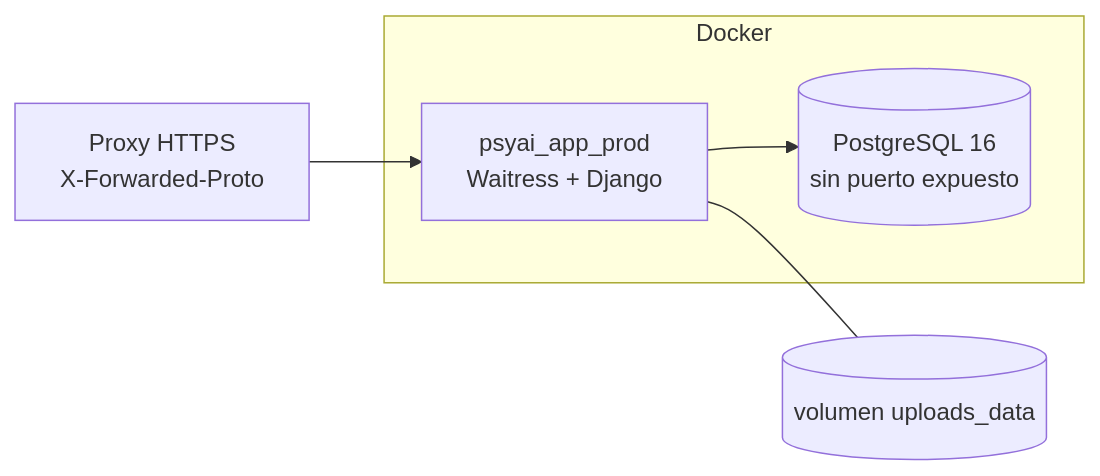
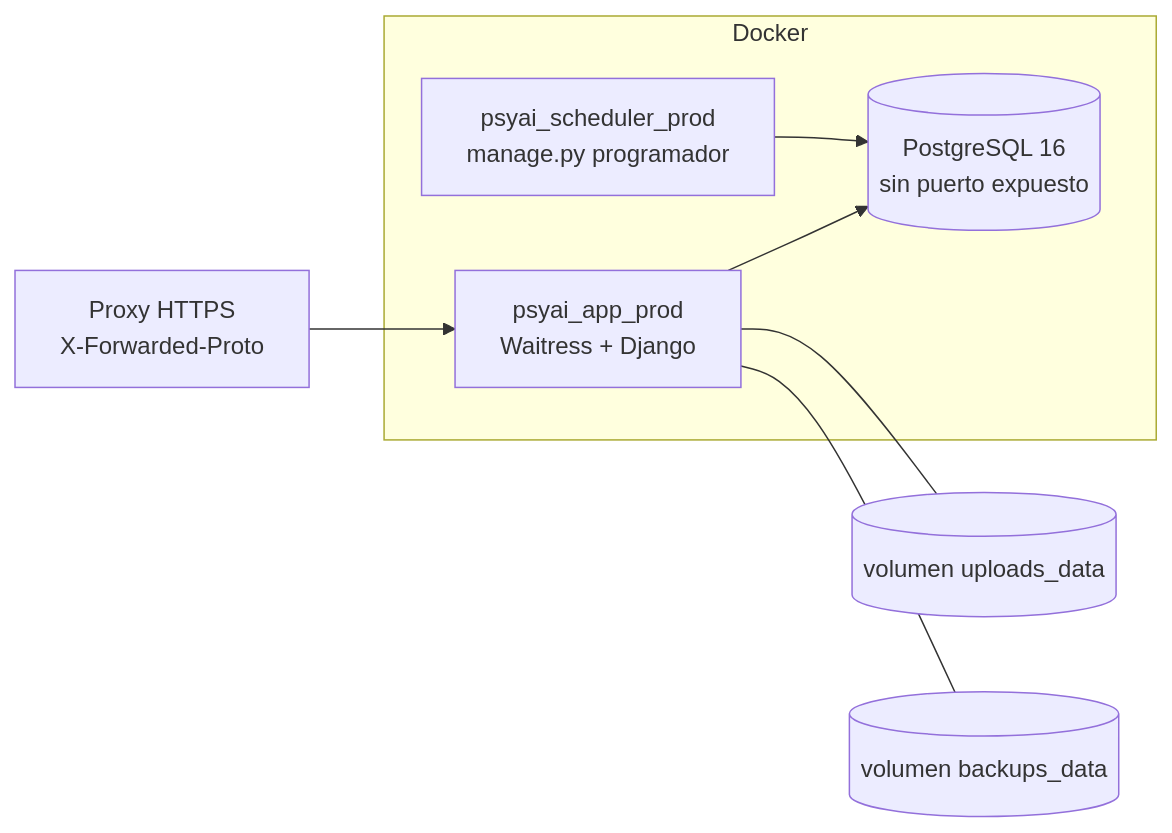
Before and after one commit to ArleyRojo/PsyAI-Connect: the fifth of 5 diagrams in docs/architecture.md, drawn with Mermaid. The commit also changed other lines of this file and 11 other files, not shown here.

````diff
--- a/docs/architecture.md
+++ b/docs/architecture.md
@@ -164,8 +166,10 @@
 ```mermaid
 flowchart LR
     subgraph Docker
         APP[psyai_app_prod<br/>Waitress + Django] --> DB[(PostgreSQL 16<br/>sin puerto expuesto)]
+        SCH[psyai_scheduler_prod<br/>manage.py programador] --> DB
     end
     APP --- V[(volumen uploads_data)]
+    APP --- B[(volumen backups_data)]
     PX[Proxy HTTPS<br/>X-Forwarded-Proto] --> APP
 ```
````
